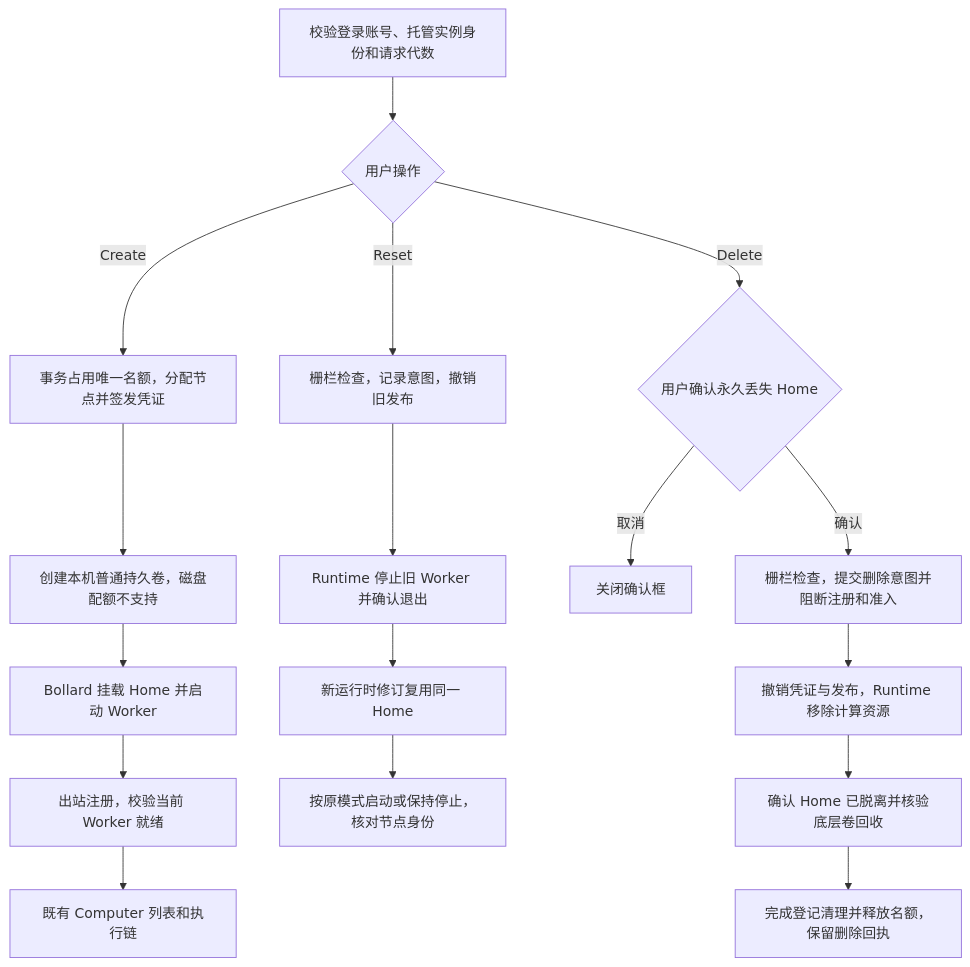
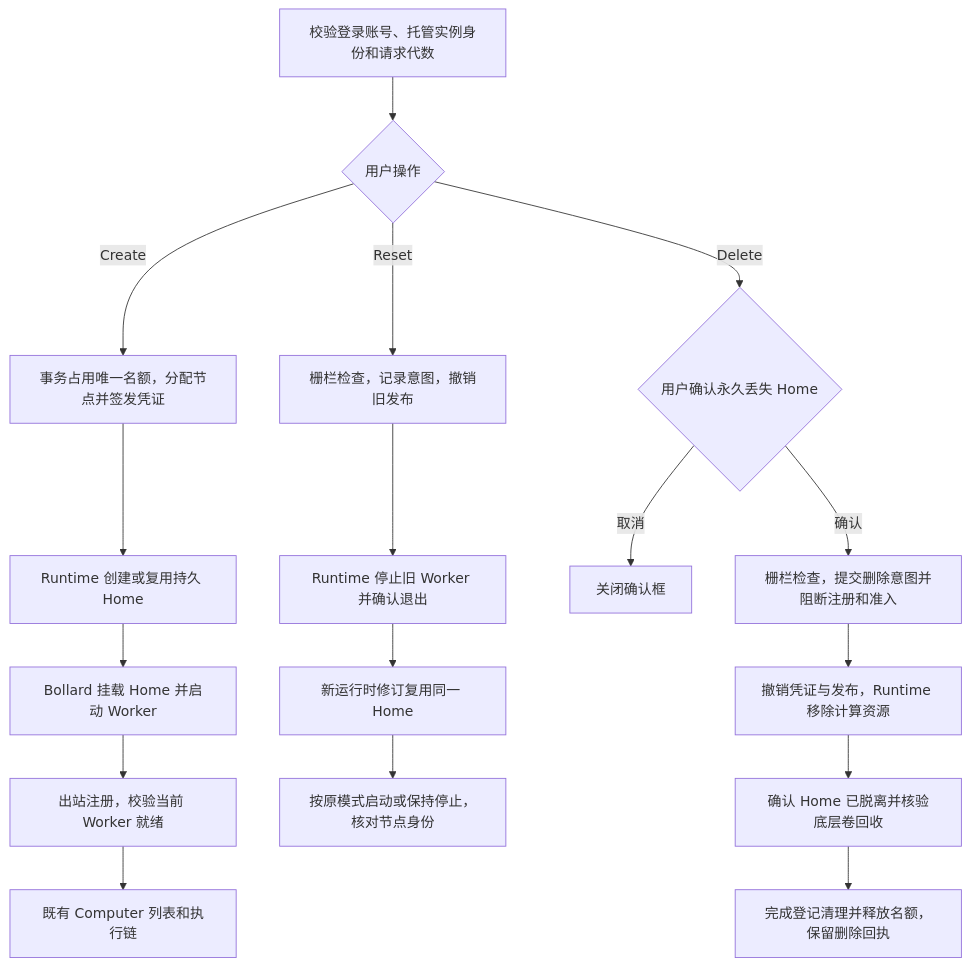
The fourth of 4 diagrams in spec/feat-054-managed-talo/design.md (apilots/talos), drawn with Mermaid before and after one commit. The commit also changed other lines of this file and 83 other files, not shown here.

````diff
--- a/spec/feat-054-managed-talo/design.md
+++ b/spec/feat-054-managed-talo/design.md
@@ -231,19 +252,19 @@
 ```mermaid
 flowchart TD
     A["校验登录账号、托管实例身份和请求代数"] --> B{"用户操作"}
     B -->|Create| C["事务占用唯一名额，分配节点并签发凭证"]
-    C --> D["创建本机普通持久卷，磁盘配额不支持"]
+    C --> D["Runtime 创建或复用持久 Home"]
     D --> E["Bollard 挂载 Home 并启动 Worker"]
     E --> F["出站注册，校验当前 Worker 就绪"]
     F --> G["既有 Computer 列表和执行链"]
     B -->|Reset| H["栅栏检查，记录意图，撤销旧发布"]
     H --> I["Runtime 停止旧 Worker 并确认退出"]
     I --> J["新运行时修订复用同一 Home"]
     J --> K["按原模式启动或保持停止，核对节点身份"]
     B -->|Delete| L{"用户确认永久丢失 Home"}
     L -->|取消| M["关闭确认框"]
     L -->|确认| N["栅栏检查，提交删除意图并阻断注册和准入"]
     N --> O["撤销凭证与发布，Runtime 移除计算资源"]
     O --> P["确认 Home 已脱离并核验底层卷回收"]
     P --> Q["完成登记清理并释放名额，保留删除回执"]
 ```
````
